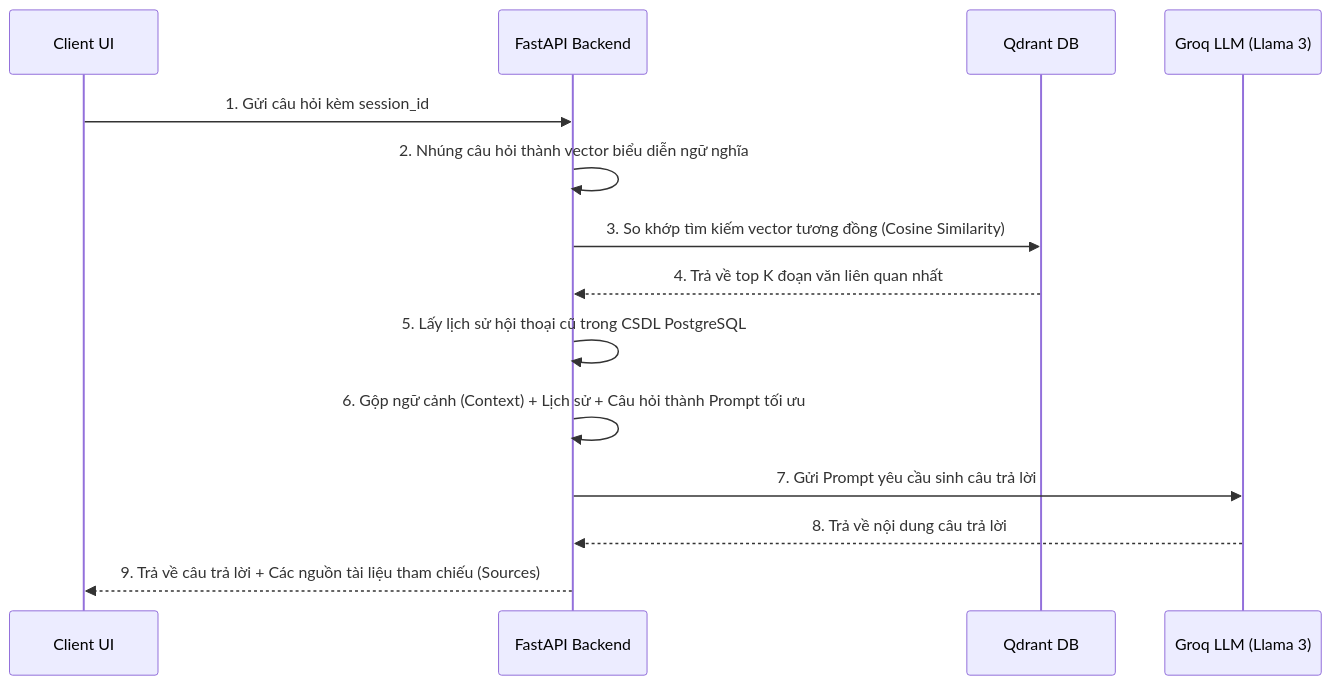
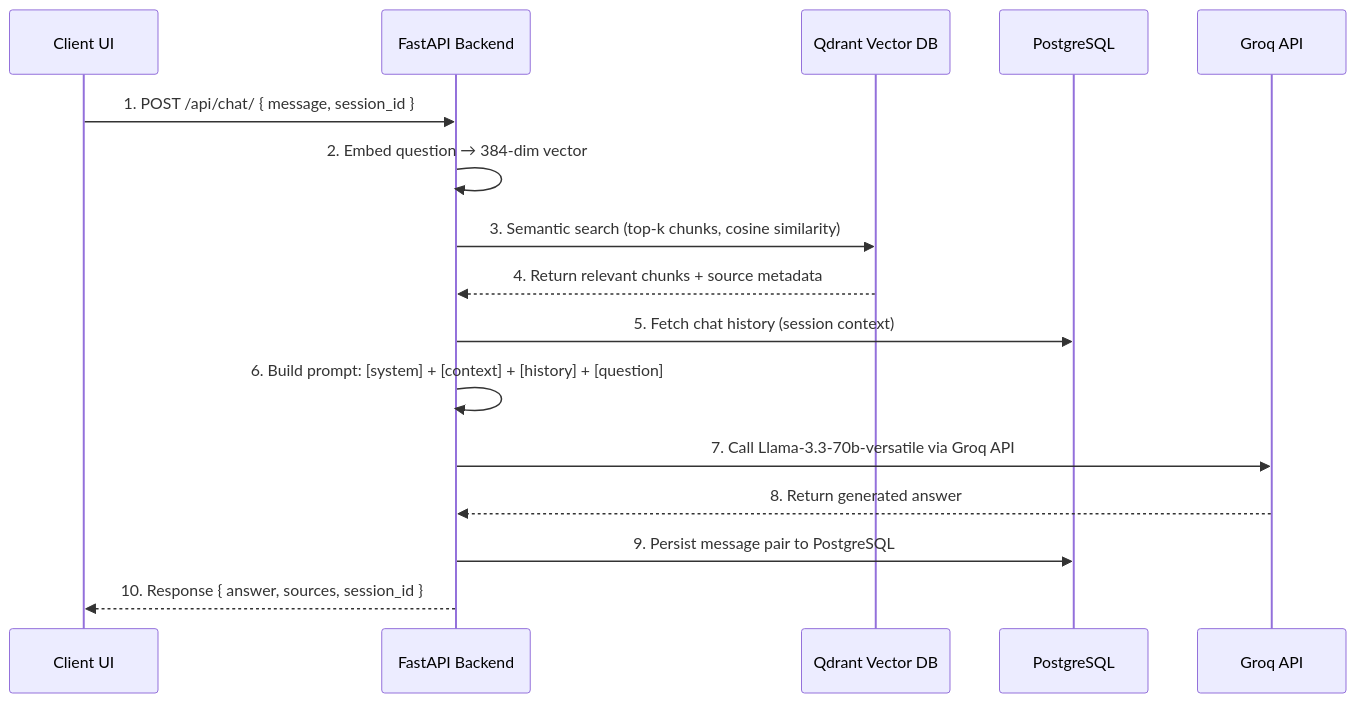
The third of 3 diagrams in README.md (duykhanh186/RAG-Powered-GitLab-Handbook-Q-A-System), drawn with Mermaid before and after one commit. The commit also changed other lines of this file, not shown here.

````diff
--- a/README.md
+++ b/README.md
@@ -99,17 +115,19 @@
 ```mermaid
 sequenceDiagram
     participant User as Client UI
     participant API as FastAPI Backend
-    participant Qdrant as Qdrant DB
-    participant Groq as Groq LLM (Llama 3)
+    participant VDB as Qdrant Vector DB
+    participant DB as PostgreSQL
+    participant LLM as Groq API
 
-    User->>API: 1. Gửi câu hỏi kèm session_id
-    API->>API: 2. Nhúng câu hỏi thành vector biểu diễn ngữ nghĩa
-    API->>Qdrant: 3. So khớp tìm kiếm vector tương đồng (Cosine Similarity)
-    Qdrant-->>API: 4. Trả về top K đoạn văn liên quan nhất
-    API->>API: 5. Lấy lịch sử hội thoại cũ trong CSDL PostgreSQL
-    API->>API: 6. Gộp ngữ cảnh (Context) + Lịch sử + Câu hỏi thành Prompt tối ưu
-    API->>Groq: 7. Gửi Prompt yêu cầu sinh câu trả lời
-    Groq-->>API: 8. Trả về nội dung câu trả lời
-    API-->>User: 9. Trả về câu trả lời + Các nguồn tài liệu tham chiếu (Sources)
+    User->>API: 1. POST /api/chat/ { message, session_id }
+    API->>API: 2. Embed question → 384-dim vector
+    API->>VDB: 3. Semantic search (top-k chunks, cosine similarity)
+    VDB-->>API: 4. Return relevant chunks + source metadata
+    API->>DB: 5. Fetch chat history (session context)
+    API->>API: 6. Build prompt: [system] + [context] + [history] + [question]
+    API->>LLM: 7. Call Llama-3.3-70b-versatile via Groq API
+    LLM-->>API: 8. Return generated answer
+    API->>DB: 9. Persist message pair to PostgreSQL
+    API-->>User: 10. Response { answer, sources, session_id }
 ```
````
